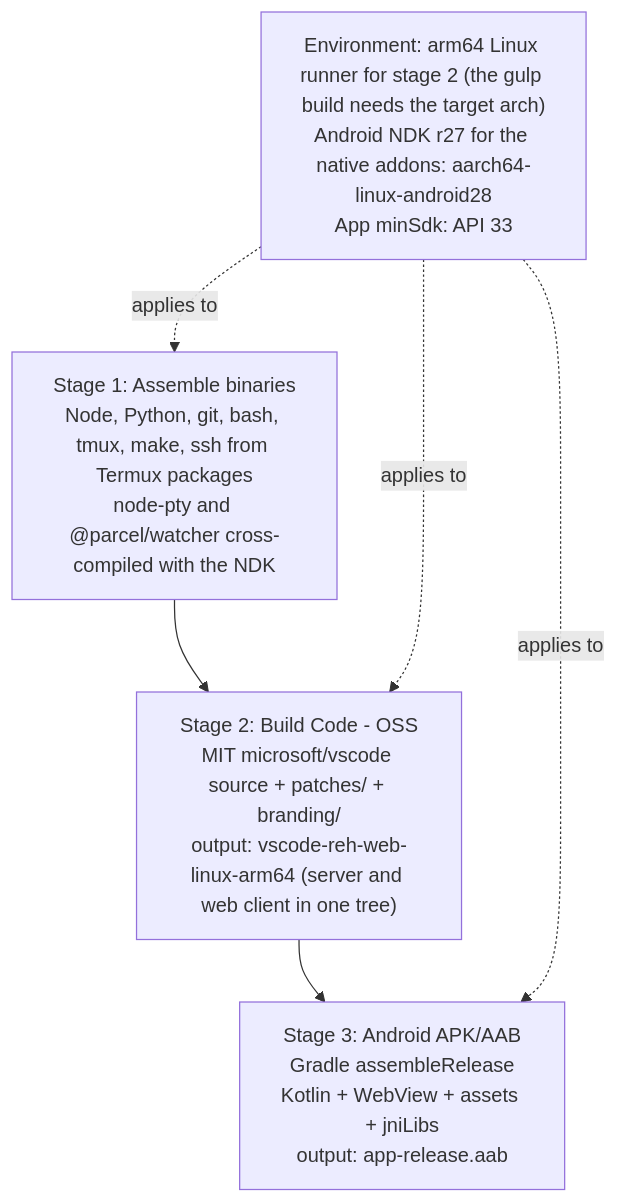
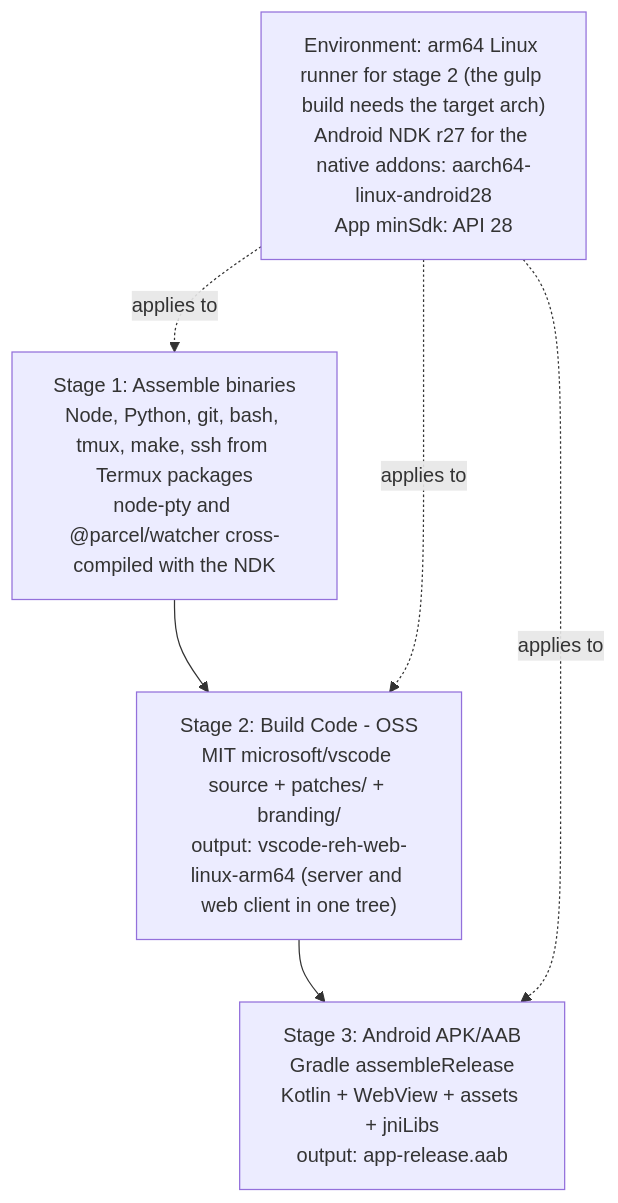
Before and after one commit to cuixinyuan666/vscodroid: the first of 5 diagrams in docs/04-TECHNICAL_SPEC.md, drawn with Mermaid. The commit also changed 27 other files, not shown here.

````diff
--- a/docs/04-TECHNICAL_SPEC.md
+++ b/docs/04-TECHNICAL_SPEC.md
@@ -21,8 +21,8 @@
 ```mermaid
 flowchart TD
   S1["Stage 1: Assemble binaries<br/>Node, Python, git, bash, tmux, make, ssh from Termux packages<br/>node-pty and @parcel/watcher cross-compiled with the NDK"] --> S2["Stage 2: Build Code - OSS<br/>MIT microsoft/vscode source + patches/ + branding/<br/>output: vscode-reh-web-linux-arm64 (server and web client in one tree)"]
   S2 --> S3["Stage 3: Android APK/AAB<br/>Gradle assembleRelease<br/>Kotlin + WebView + assets + jniLibs<br/>output: app-release.aab"]
-  ENV["Environment: arm64 Linux runner for stage 2 (the gulp build needs the target arch)<br/>Android NDK r27 for the native addons: aarch64-linux-android28<br/>App minSdk: API 33"] -. applies to .-> S1
+  ENV["Environment: arm64 Linux runner for stage 2 (the gulp build needs the target arch)<br/>Android NDK r27 for the native addons: aarch64-linux-android28<br/>App minSdk: API 28"] -. applies to .-> S1
   ENV -. applies to .-> S2
   ENV -. applies to .-> S3
 ```
````
